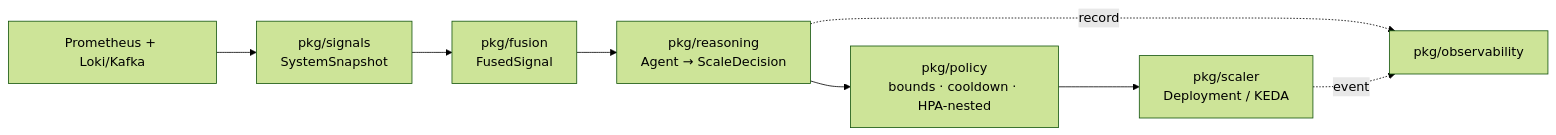
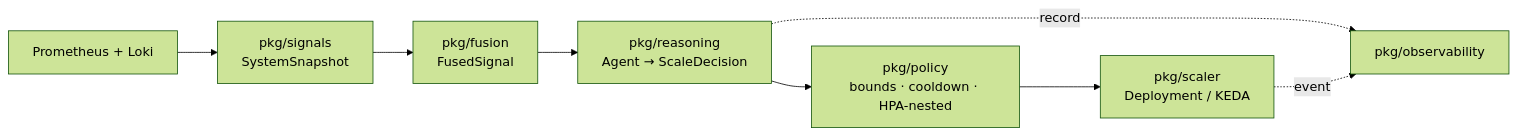
Before and after one commit to Ngoga-Musagi/agentic-autoscaler: the third of 7 diagrams in docs/poster-figures.md, drawn with Mermaid (forest theme). The commit also changed 23 other files, not shown here.

````diff
--- a/docs/poster-figures.md
+++ b/docs/poster-figures.md
@@ -68,10 +68,10 @@
 ```mermaid
 flowchart LR
-    S["Prometheus + Loki/Kafka"] --> SG["pkg/signals<br/>SystemSnapshot"]
+    S["Prometheus + Loki"] --> SG["pkg/signals<br/>SystemSnapshot"]
     SG --> F["pkg/fusion<br/>FusedSignal"]
     F --> RE["pkg/reasoning<br/>Agent → ScaleDecision"]
     RE --> PO["pkg/policy<br/>bounds · cooldown · HPA-nested"]
     PO --> SC["pkg/scaler<br/>Deployment / KEDA"]
     RE -. record .-> OB["pkg/observability"]
     SC -. event .-> OB
 ```
````
